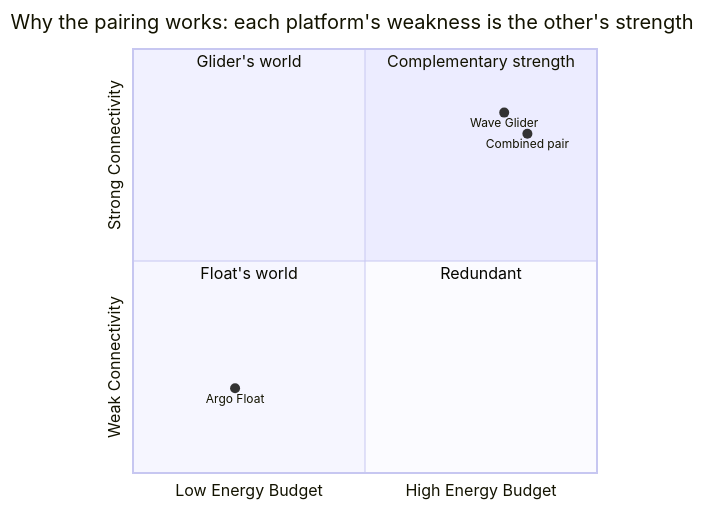
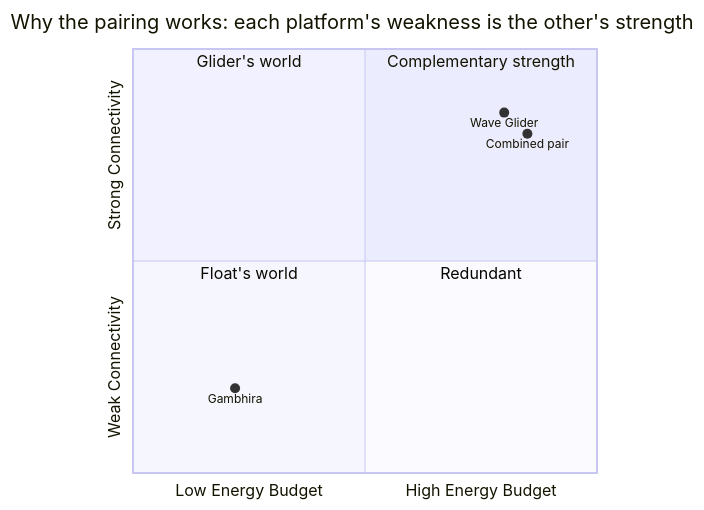
Before and after one commit to DAnuraag/Dhakshin: the sixth of 34 diagrams in README.md, drawn with Mermaid. The commit also changed other lines of this file, not shown here.

````diff
--- a/README.md
+++ b/README.md
@@ -1402,13 +1402,13 @@
 ```mermaid
 quadrantChart
     title Why the pairing works: each platform's weakness is the other's strength
     x-axis Low Energy Budget --> High Energy Budget
     y-axis Weak Connectivity --> Strong Connectivity
     quadrant-1 "Complementary strength"
     quadrant-2 "Glider's world"
     quadrant-3 "Float's world"
     quadrant-4 "Redundant"
-    "Argo Float": [0.22, 0.2]
+    "Gambhira": [0.22, 0.2]
     "Wave Glider": [0.8, 0.85]
     "Combined pair": [0.85, 0.8]
 ```
````
